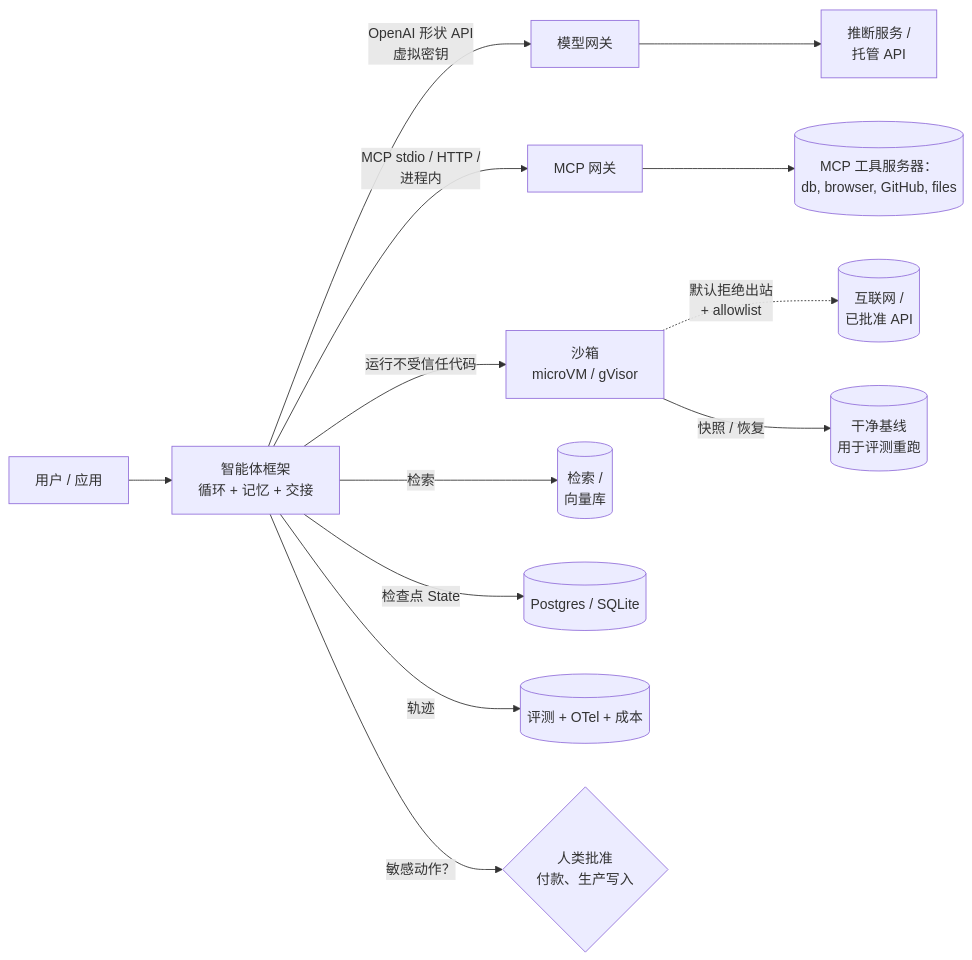
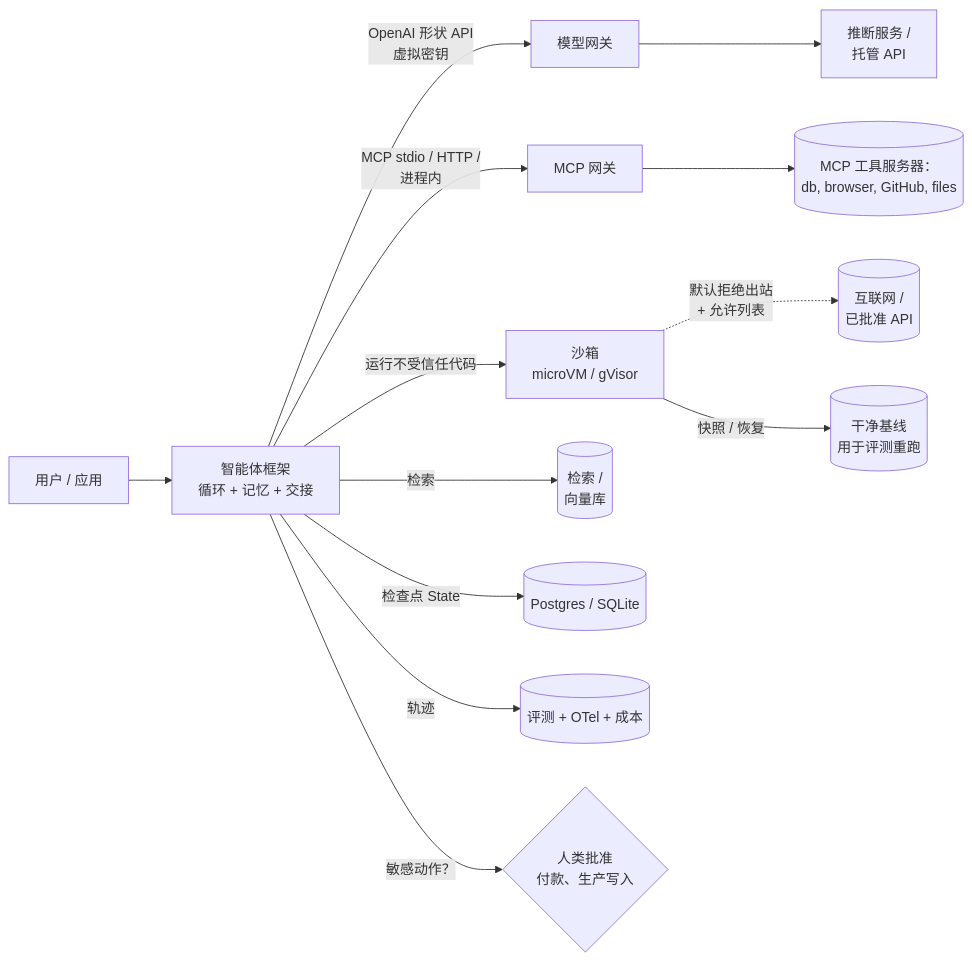
The diagram in zh/practice/05-agents-and-sandboxes.qmd (latere-ai/ai-as-an-infrastructure), drawn with Mermaid before and after one commit. The commit also changed other lines of this file and 6 other files, not shown here.

````diff
--- a/zh/practice/05-agents-and-sandboxes.qmd
+++ b/zh/practice/05-agents-and-sandboxes.qmd
@@ -199,17 +199,17 @@
 ```{mermaid}
 %%| label: fig-agent-runtime
 %%| fig-cap: "生产智能体运行时。框架不持有提供方密钥、也不持有原始凭据；模型访问、工具访问、计算访问各自经一个受治理的接缝伸进来。"
 flowchart LR
   user["用户 / 应用"] --> agent["智能体框架<br/>循环 + 记忆 + 交接"]
   agent -->|"OpenAI 形状 API<br/>虚拟密钥"| gw["模型网关"]
   gw --> serve["推断服务 /<br/>托管 API"]
   agent -->|"MCP stdio / HTTP /<br/>进程内"| mcpgw["MCP 网关"]
   mcpgw --> tools[("MCP 工具服务器：<br/>db, browser, GitHub, files")]
   agent -->|"运行不受信任代码"| sb["沙箱<br/>microVM / gVisor"]
-  sb -. "默认拒绝出站<br/>+ allowlist" .-> net[("互联网 /<br/>已批准 API")]
+  sb -. "默认拒绝出站<br/>+ 允许列表" .-> net[("互联网 /<br/>已批准 API")]
   sb -->|"快照 / 恢复"| snap[("干净基线<br/>用于评测重跑")]
   agent -->|"检索"| rag[("检索 /<br/>向量库")]
   agent -->|"检查点 State"| ckpt[("Postgres / SQLite")]
   agent -->|"轨迹"| obs[("评测 + OTel + 成本")]
   agent -->|"敏感动作？"| human{"人类批准<br/>付款、生产写入"}
 ```
````
